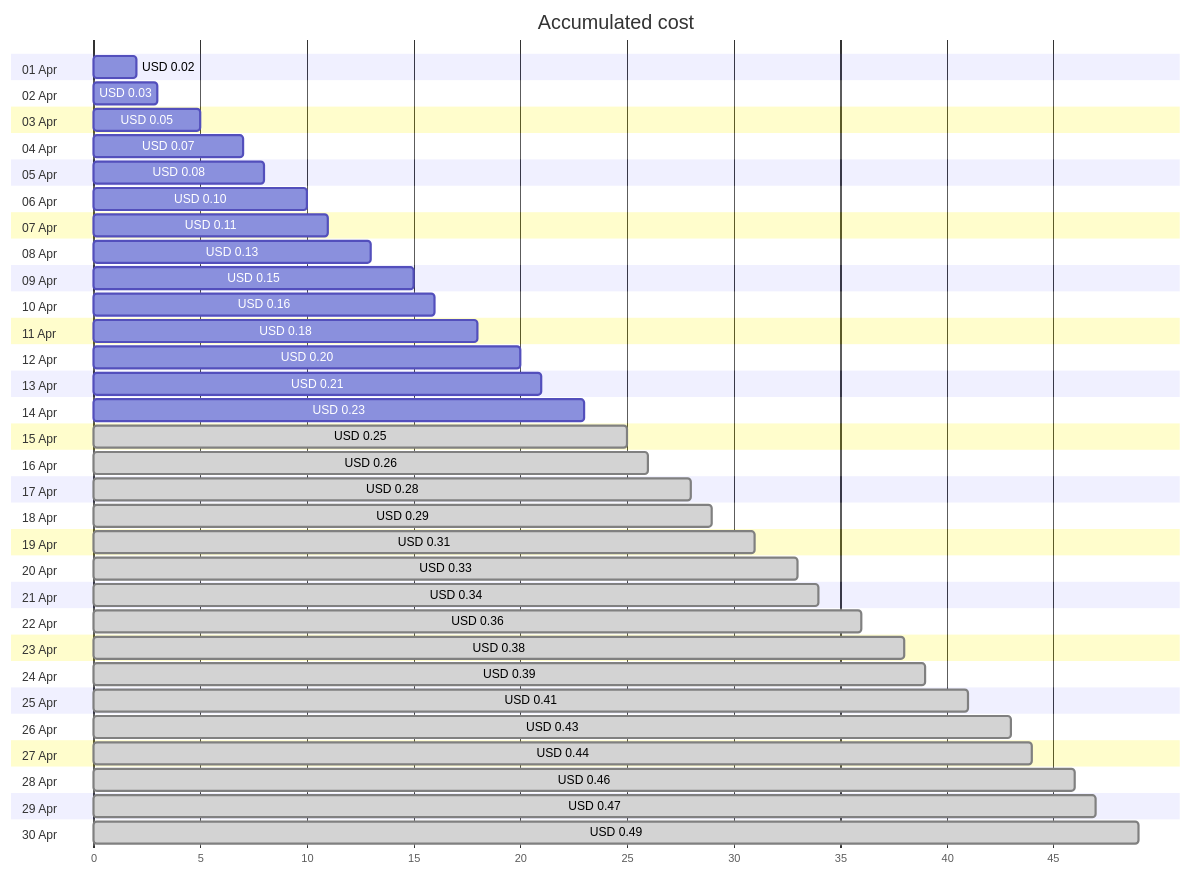
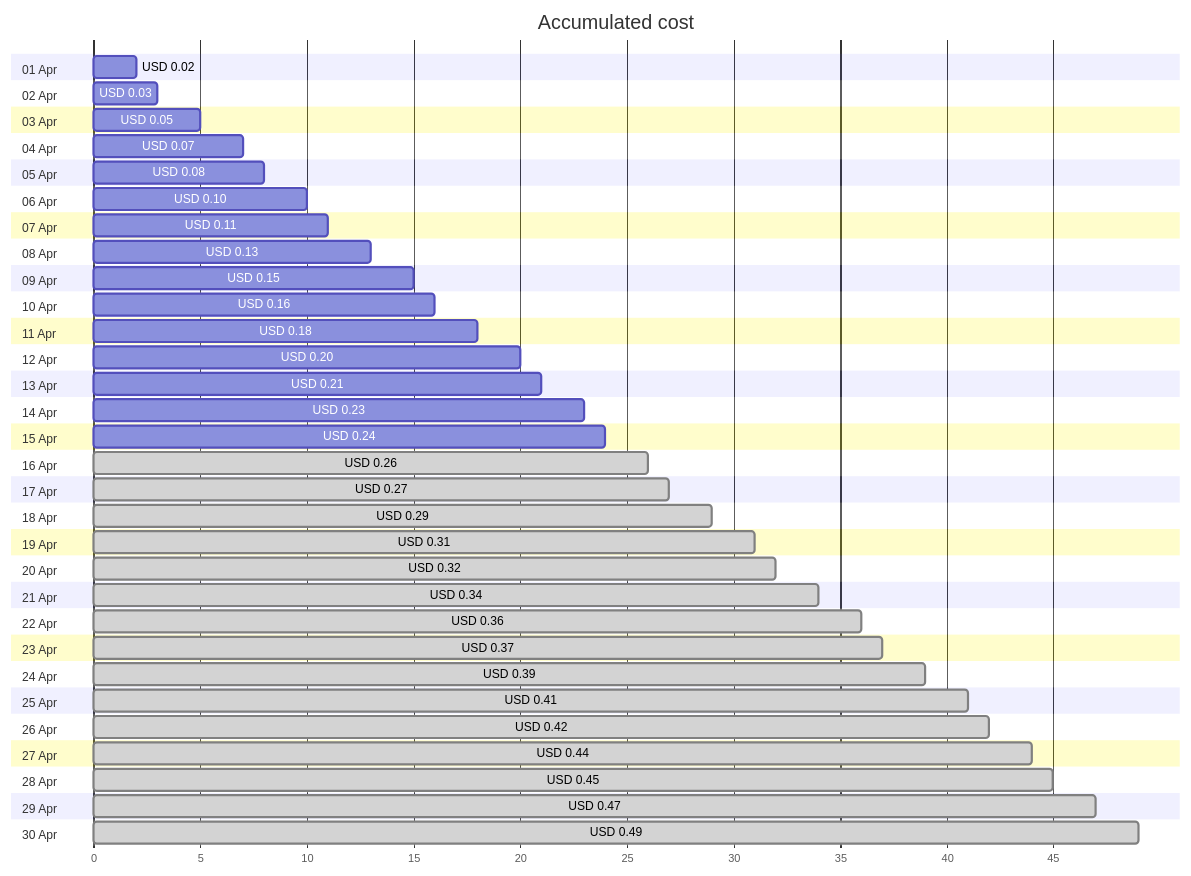
Before and after one commit to jpfulton/azure-personal-reports: the first of 4 diagrams in cost-reports/personal-dns/jpatrickfulton.com.md, drawn with Mermaid. The commit also changed other lines of this file and 2 other files, not shown here.

````diff
--- a/cost-reports/personal-dns/jpatrickfulton.com.md
+++ b/cost-reports/personal-dns/jpatrickfulton.com.md
@@ -20,66 +20,66 @@
 ```mermaid
 gantt
    title Accumulated cost
    dateFormat  X
    axisFormat %s
    section 01 Apr
    USD 0.02 :0, 2
    section 02 Apr
    USD 0.03 :0, 3
    section 03 Apr
    USD 0.05 :0, 5
    section 04 Apr
    USD 0.07 :0, 7
    section 05 Apr
    USD 0.08 :0, 8
    section 06 Apr
    USD 0.10 :0, 10
    section 07 Apr
    USD 0.11 :0, 11
    section 08 Apr
    USD 0.13 :0, 13
    section 09 Apr
    USD 0.15 :0, 15
    section 10 Apr
    USD 0.16 :0, 16
    section 11 Apr
    USD 0.18 :0, 18
    section 12 Apr
    USD 0.20 :0, 20
    section 13 Apr
    USD 0.21 :0, 21
    section 14 Apr
    USD 0.23 :0, 23
    section 15 Apr
-   USD 0.25 : done, 0, 25
+   USD 0.24 :0, 24
    section 16 Apr
    USD 0.26 : done, 0, 26
    section 17 Apr
-   USD 0.28 : done, 0, 28
+   USD 0.27 : done, 0, 27
    section 18 Apr
    USD 0.29 : done, 0, 29
    section 19 Apr
    USD 0.31 : done, 0, 31
    section 20 Apr
-   USD 0.33 : done, 0, 33
+   USD 0.32 : done, 0, 32
    section 21 Apr
    USD 0.34 : done, 0, 34
    section 22 Apr
    USD 0.36 : done, 0, 36
    section 23 Apr
-   USD 0.38 : done, 0, 38
+   USD 0.37 : done, 0, 37
    section 24 Apr
    USD 0.39 : done, 0, 39
    section 25 Apr
    USD 0.41 : done, 0, 41
    section 26 Apr
-   USD 0.43 : done, 0, 43
+   USD 0.42 : done, 0, 42
    section 27 Apr
    USD 0.44 : done, 0, 44
    section 28 Apr
-   USD 0.46 : done, 0, 46
+   USD 0.45 : done, 0, 45
    section 29 Apr
    USD 0.47 : done, 0, 47
    section 30 Apr
    USD 0.49 : done, 0, 49
 ```
````
